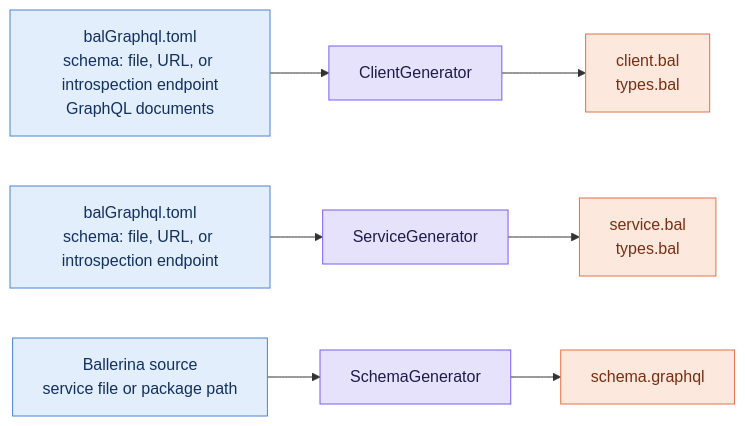
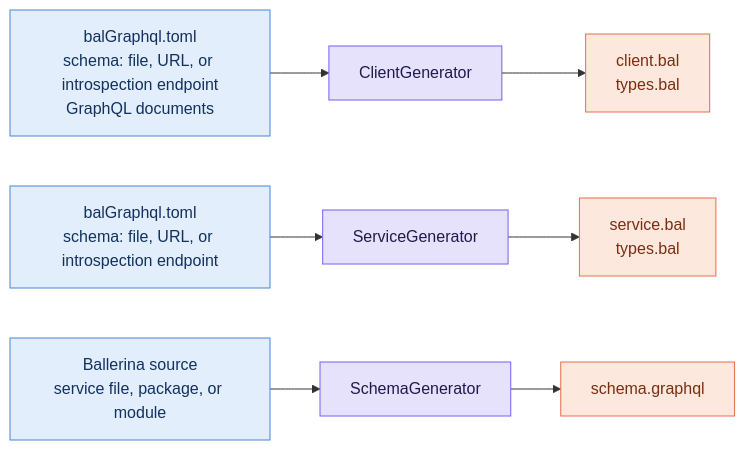
One commit to ballerina-platform/ballerina-spec changed the third of 3 diagrams in beps/bal-graphql/1493_Revamping Ballerina GraphQL CLI Tool.md. Above: the diagram before and after it, drawn with Mermaid. The commit also changed other lines of this file, not shown here.

````diff
--- a/beps/bal-graphql/1493_Revamping Ballerina GraphQL CLI Tool.md
+++ b/beps/bal-graphql/1493_Revamping Ballerina GraphQL CLI Tool.md
@@ -203,14 +203,14 @@
 ```mermaid
 flowchart LR
     CIN["balGraphql.toml<br/>schema: file, URL, or introspection endpoint<br/>GraphQL documents"] --> CGEN["ClientGenerator"] --> COUT["client.bal<br/>types.bal"]
     SIN["balGraphql.toml<br/>schema: file, URL, or introspection endpoint"] --> SGEN["ServiceGenerator"] --> SOUT["service.bal<br/>types.bal"]
-    HIN["Ballerina source<br/>service file or package path"] --> HGEN["SchemaGenerator"] --> HOUT["schema.graphql"]
+    HIN["Ballerina source<br/>service file, package, or module"] --> HGEN["SchemaGenerator"] --> HOUT["schema.graphql"]
 
     classDef in fill:#e3eefd,stroke:#4a83d4,color:#12315e
     classDef gen fill:#e6e2fc,stroke:#7a5cf0,color:#1e1b4b
     classDef out fill:#fde8dd,stroke:#e2704a,color:#7a2e12
 
     class CIN,SIN,HIN in
     class CGEN,SGEN,HGEN gen
     class COUT,SOUT,HOUT out
 ```
````
